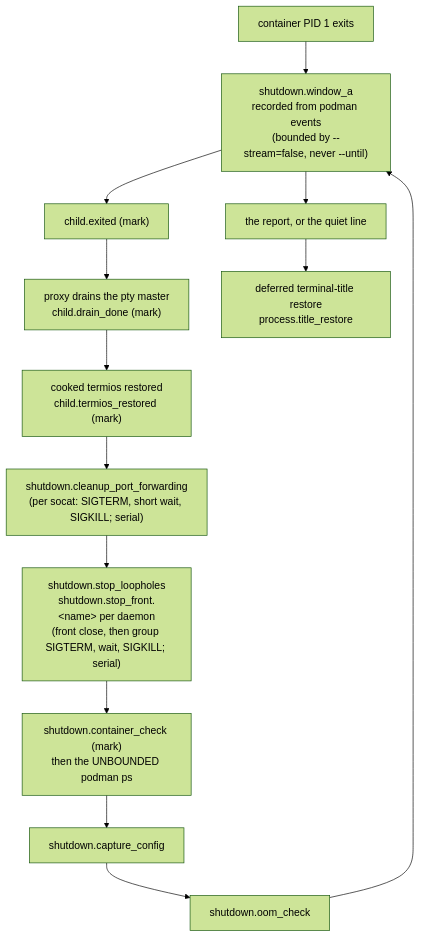
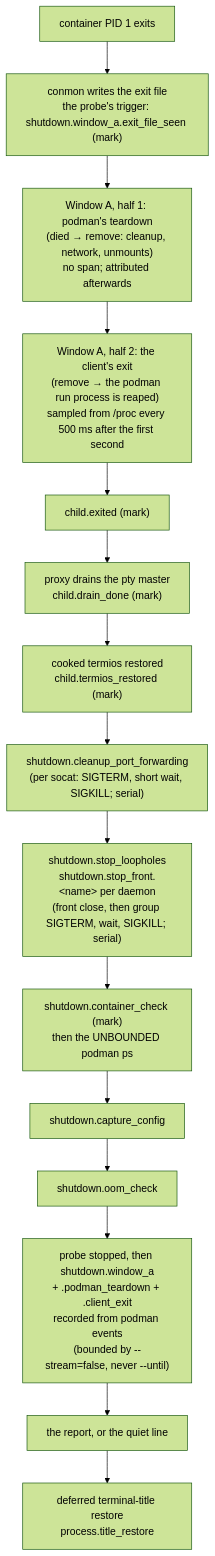
One commit to mschulkind-oss/yolo-jail changed the diagram in docs/reference/perf-logging.md. Above: the diagram before and after it, drawn with Mermaid (forest theme). The commit also changed other lines of this file and 26 other files, not shown here.

````diff
--- a/docs/reference/perf-logging.md
+++ b/docs/reference/perf-logging.md
@@ -278,15 +298,17 @@
 ```mermaid
 flowchart TD
-    pid1["container PID 1 exits"] --> wa["Window A — inside the podman child<br/>(conmon exit file, network teardown, unmounts)<br/>no span; attributed afterwards"]
-    wa --> exited["child.exited (mark)"]
+    pid1["container PID 1 exits"] --> exitfile["conmon writes the exit file<br/>the probe's trigger: shutdown.window_a.exit_file_seen (mark)"]
+    exitfile --> wa["Window A, half 1: podman's teardown<br/>(died → remove: cleanup, network, unmounts)<br/>no span; attributed afterwards"]
+    wa --> linger["Window A, half 2: the client's exit<br/>(remove → the podman run process is reaped)<br/>sampled from /proc every 500 ms after the first second"]
+    linger --> exited["child.exited (mark)"]
     exited --> drain["proxy drains the pty master<br/>child.drain_done (mark)"]
     drain --> termios["cooked termios restored<br/>child.termios_restored (mark)"]
     termios --> ports["shutdown.cleanup_port_forwarding<br/>(per socat: SIGTERM, short wait, SIGKILL; serial)"]
     ports --> fronts["shutdown.stop_loopholes<br/>shutdown.stop_front.&lt;name&gt; per daemon<br/>(front close, then group SIGTERM, wait, SIGKILL; serial)"]
     fronts --> check["shutdown.container_check (mark)<br/>then the UNBOUNDED podman ps"]
     check --> capture["shutdown.capture_config"]
     capture --> oom["shutdown.oom_check"]
-    oom --> wa["shutdown.window_a<br/>recorded from podman events<br/>(bounded by --stream=false, never --until)"]
-    wa --> report["the report, or the quiet line"]
+    oom --> rec["probe stopped, then shutdown.window_a<br/>+ .podman_teardown + .client_exit<br/>recorded from podman events<br/>(bounded by --stream=false, never --until)"]
+    rec --> report["the report, or the quiet line"]
     report --> title["deferred terminal-title restore<br/>process.title_restore"]
 ```
````
